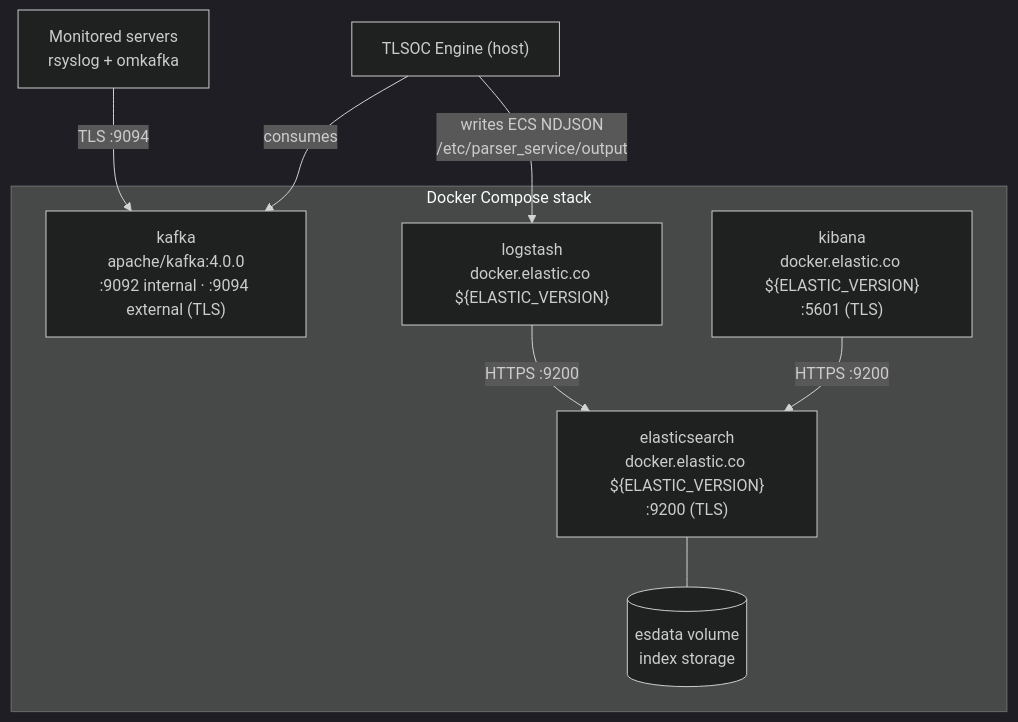
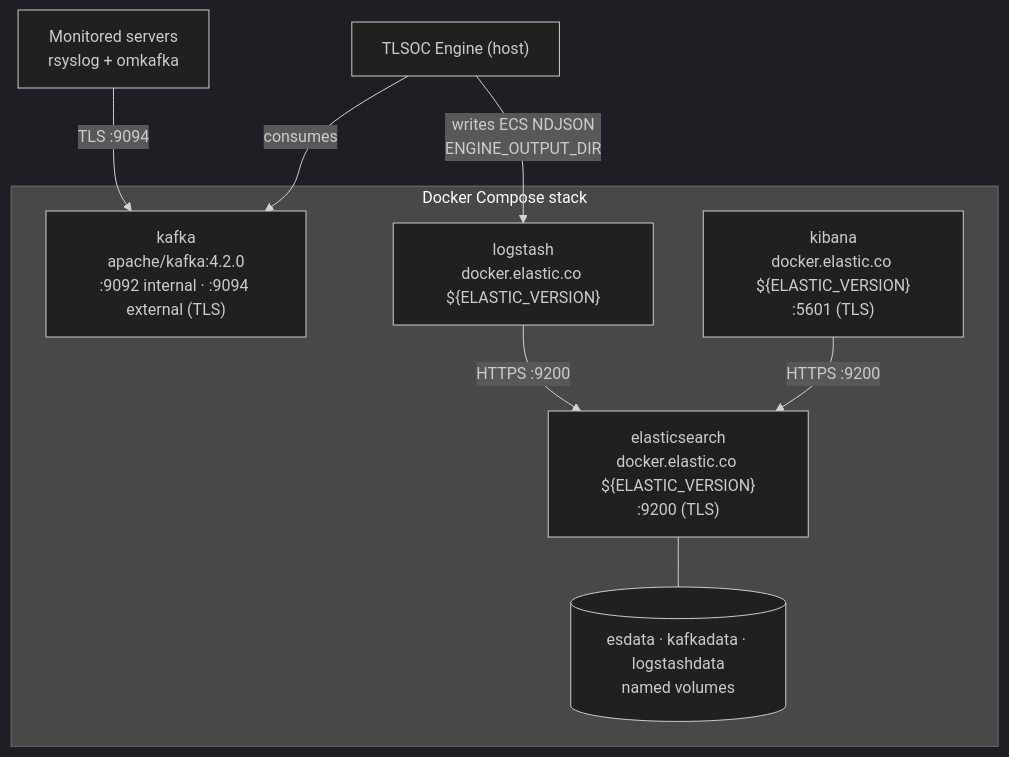
The diagram in docs/architecture.md (sankettaware16/TLSOCDockerDeploy), drawn with Mermaid (dark theme) before and after one commit. The commit also changed other lines of this file and 4 other files, not shown here.

First line of the commit message:
Docs: daily per-service indices, ENGINE_OUTPUT_DIR, threat-intel, upgrade notes

````diff
--- a/docs/architecture.md
+++ b/docs/architecture.md
@@ -9,16 +9,16 @@
 ```mermaid
 flowchart TB
     subgraph compose["Docker Compose stack"]
-        K["kafka<br/>apache/kafka:4.0.0<br/>:9092 internal · :9094 external (TLS)"]
+        K["kafka<br/>apache/kafka:4.2.0<br/>:9092 internal · :9094 external (TLS)"]
         LS["logstash<br/>docker.elastic.co ${ELASTIC_VERSION}"]
         ES["elasticsearch<br/>docker.elastic.co ${ELASTIC_VERSION}<br/>:9200 (TLS)"]
         KB["kibana<br/>docker.elastic.co ${ELASTIC_VERSION}<br/>:5601 (TLS)"]
-        V[("esdata volume<br/>index storage")]
+        V[("esdata · kafkadata · logstashdata<br/>named volumes")]
     end
     SRC["Monitored servers<br/>rsyslog + omkafka"] -- "TLS :9094" --> K
     ENG["TLSOC Engine (host)"] -- "consumes" --> K
-    ENG -- "writes ECS NDJSON<br/>/etc/parser_service/output" --> LS
+    ENG -- "writes ECS NDJSON<br/>ENGINE_OUTPUT_DIR" --> LS
     LS -- "HTTPS :9200" --> ES
     KB -- "HTTPS :9200" --> ES
     ES --- V
 ```
````
